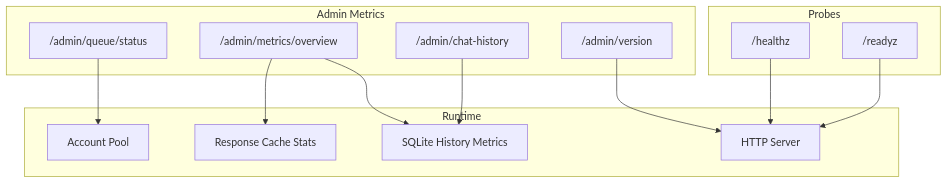
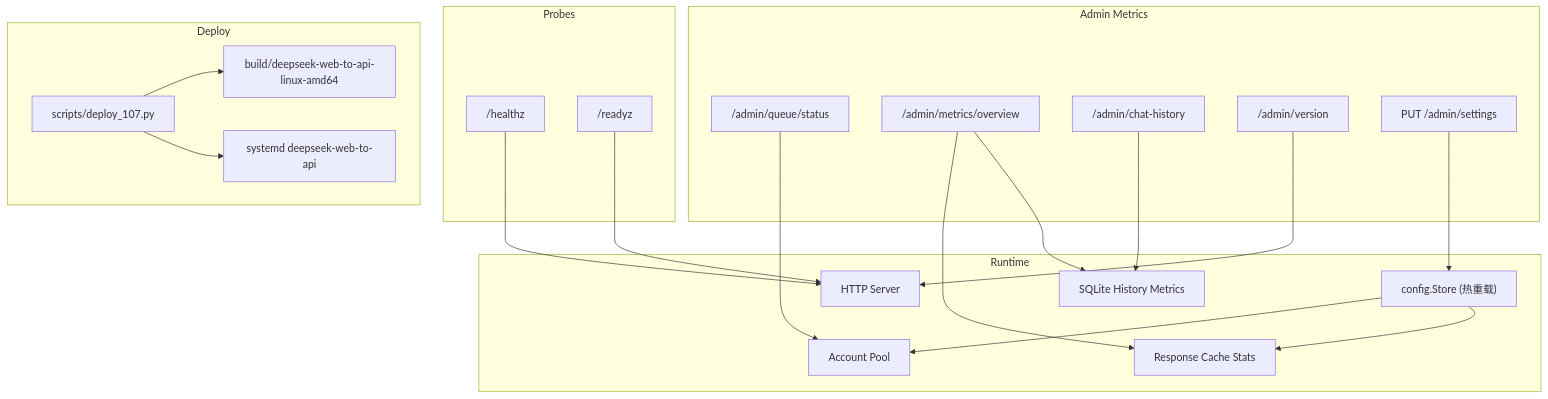
Before and after one commit to marklove5102/DeepSeek_Web_To_API: the first of 2 diagrams in docs/Runtime Operations/Runtime Operations.md, drawn with Mermaid. The commit also changed other lines of this file and 4 other files, not shown here.

First line of the commit message:
security: redact prod IP from scripts/deploy_107.py + docs + READMEs

````diff
--- a/docs/Runtime Operations/Runtime Operations.md
+++ b/docs/Runtime Operations/Runtime Operations.md
@@ -33,26 +43,38 @@
 ```mermaid
 graph TB
 subgraph "Probes"
 HEALTH["/healthz"]
 READY["/readyz"]
 end
 subgraph "Admin Metrics"
 QUEUE["/admin/queue/status"]
 OVERVIEW["/admin/metrics/overview"]
 HISTORY["/admin/chat-history"]
 VERSION["/admin/version"]
+SETTINGS["PUT /admin/settings"]
 end
 subgraph "Runtime"
 POOL["Account Pool"]
 CACHE["Response Cache Stats"]
 SQLITE["SQLite History Metrics"]
 SERVER["HTTP Server"]
+STORE["config.Store (热重载)"]
+end
+subgraph "Deploy"
+DEPLOYPY["scripts/deploy_107.py"]
+BUILD["build/deepseek-web-to-api-linux-amd64"]
+SYSTEMD["systemd deepseek-web-to-api"]
 end
 HEALTH --> SERVER
 READY --> SERVER
 QUEUE --> POOL
 OVERVIEW --> CACHE
 OVERVIEW --> SQLITE
 HISTORY --> SQLITE
 VERSION --> SERVER
+SETTINGS --> STORE
+STORE --> POOL
+STORE --> CACHE
+DEPLOYPY --> BUILD
+DEPLOYPY --> SYSTEMD
 ```
````
